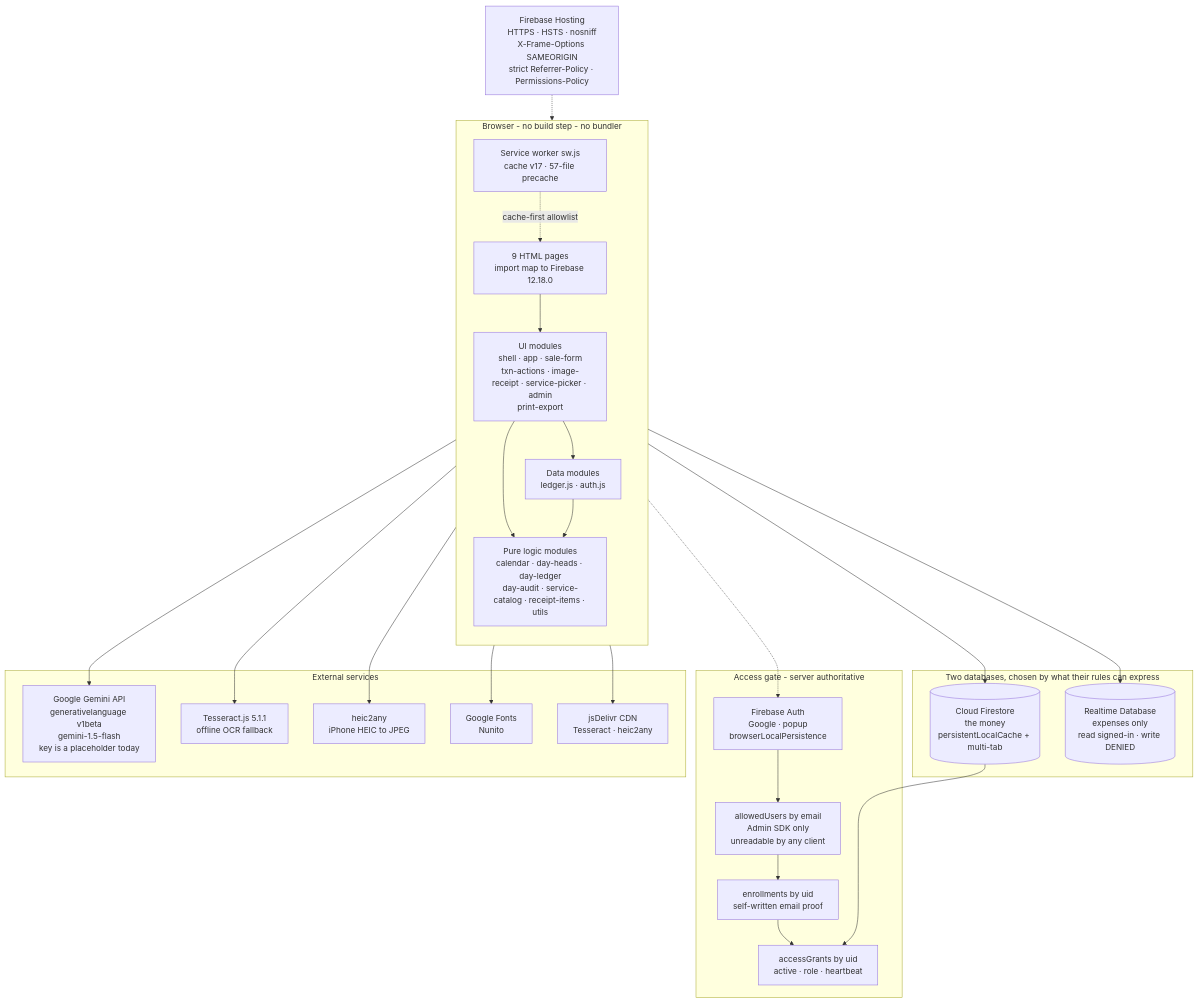
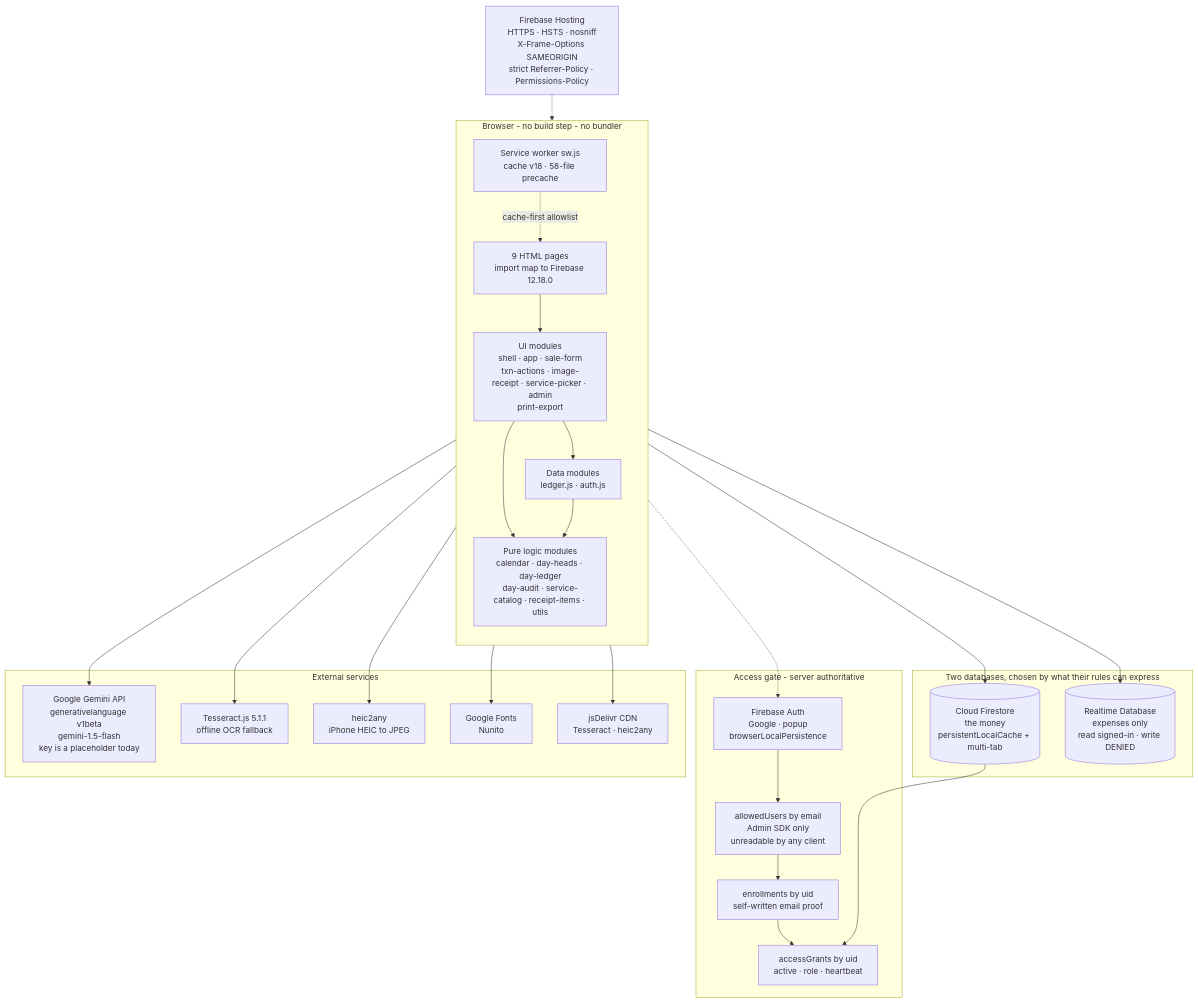
Before and after one commit to arshinmrelju/leadger: the sixth of 7 diagrams in README.md, drawn with Mermaid. The commit also changed other lines of this file and 9 other files, not shown here.

````diff
--- a/README.md
+++ b/README.md
@@ -841,50 +842,50 @@
 ```mermaid
 flowchart TD
     subgraph CLIENT["Browser - no build step - no bundler"]
         direction TB
         HTML["9 HTML pages<br/>import map to Firebase 12.18.0"]
         PURE["Pure logic modules<br/>calendar · day-heads · day-ledger<br/>day-audit · service-catalog · receipt-items · utils"]
         UI["UI modules<br/>shell · app · sale-form<br/>txn-actions · image-receipt · service-picker · admin<br/>print-export"]
         IO["Data modules<br/>ledger.js · auth.js"]
-        SW["Service worker sw.js<br/>cache v17 · 57-file precache"]
+        SW["Service worker sw.js<br/>cache v18 · 58-file precache"]
         HTML --> UI
         UI --> IO
         UI --> PURE
         IO --> PURE
         SW -.->|cache-first allowlist| HTML
     end
 
     subgraph GATE["Access gate - server authoritative"]
         A1["Firebase Auth<br/>Google · popup<br/>browserLocalPersistence"]
         A2["allowedUsers by email<br/>Admin SDK only<br/>unreadable by any client"]
         A3["enrollments by uid<br/>self-written email proof"]
         A4["accessGrants by uid<br/>active · role · heartbeat"]
     end
 
     subgraph DATA["Two databases, chosen by what their rules can express"]
         FS[("Cloud Firestore<br/>the money<br/>persistentLocalCache + multi-tab")]
         RT[("Realtime Database<br/>expenses only<br/>read signed-in · write DENIED")]
     end
 
     subgraph EXT["External services"]
         GEM["Google Gemini API<br/>generativelanguage v1beta<br/>gemini-1.5-flash<br/>key is a placeholder today"]
         TESS["Tesseract.js 5.1.1<br/>offline OCR fallback"]
         HEIC["heic2any<br/>iPhone HEIC to JPEG"]
         FONT["Google Fonts<br/>Nunito"]
         GH["jsDelivr CDN<br/>Tesseract · heic2any"]
     end
 
     HOST["Firebase Hosting<br/>HTTPS · HSTS · nosniff<br/>X-Frame-Options SAMEORIGIN<br/>strict Referrer-Policy · Permissions-Policy"]
 
     HTML -.-> A1
     A1 --> A2 --> A3 --> A4
     IO --> FS
     IO --> RT
     UI --> GEM
     UI --> TESS
     UI --> HEIC
     HTML --> FONT
     SW --> GH
     HOST -.-> HTML
     FS --> A4
 ```
````
